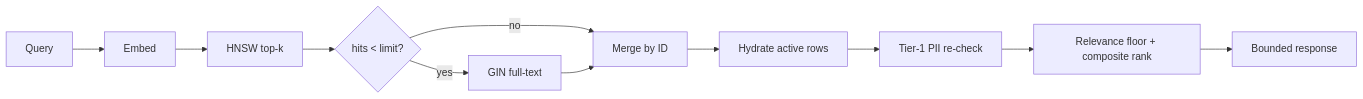
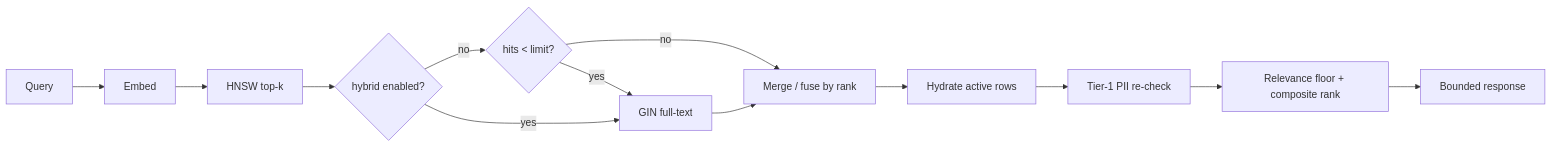
One commit to Rick1330/ibex-harness changed the diagram in site/content/docs/05.memory/03.search-and-lifecycle.md. Above: the diagram before and after it, drawn with Mermaid. The commit also changed other lines of this file and 13 other files, not shown here.

````diff
--- a/site/content/docs/05.memory/03.search-and-lifecycle.md
+++ b/site/content/docs/05.memory/03.search-and-lifecycle.md
@@ -48,13 +48,15 @@
 ```mermaid
 flowchart LR
   Q["Query"] --> Embed["Embed"]
   Embed --> ANN["HNSW top-k"]
-  ANN --> Sparse{"hits < limit?"}
+  ANN --> Mode{"hybrid enabled?"}
+  Mode -->|no| Sparse{"hits < limit?"}
   Sparse -->|yes| FTS["GIN full-text"]
   Sparse -->|no| Merge
-  FTS --> Merge["Merge by ID"]
+  Mode -->|yes| FTS
+  FTS --> Merge["Merge / fuse by rank"]
   Merge --> Hydrate["Hydrate active rows"]
   Hydrate --> PII["Tier-1 PII re-check"]
   PII --> Rank["Relevance floor + composite rank"]
   Rank --> Out["Bounded response"]
 ```
````
